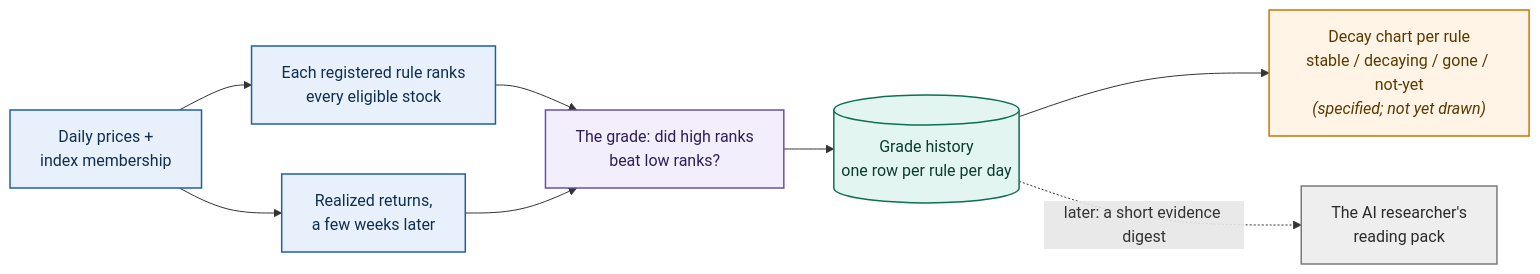
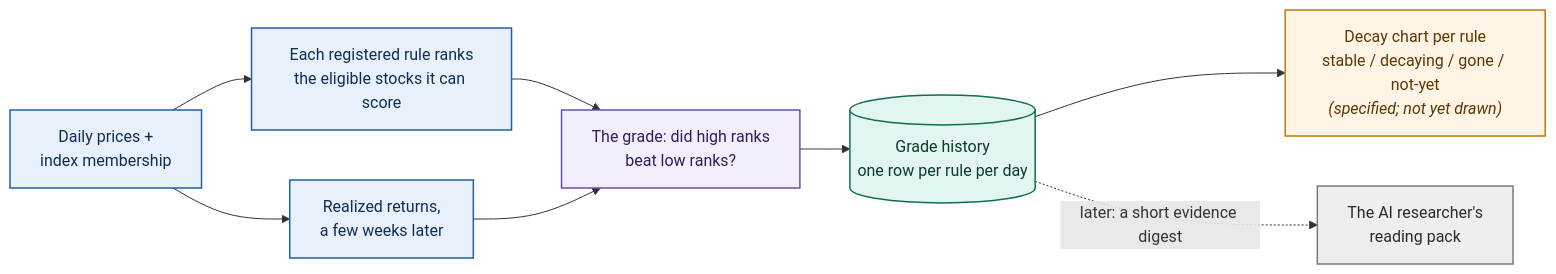
Diagram 11 of 11 in ORIENTATION.md (masalasev-ops/AlphaFinanceLab), drawn with Mermaid before and after one commit. The commit also changed other lines of this file and 25 other files, not shown here.

````diff
--- a/ORIENTATION.md
+++ b/ORIENTATION.md
@@ -394,16 +394,16 @@
 ```mermaid
 flowchart LR
-    BARS["Daily prices +<br/>index membership"]:::machine --> SCORE["Each registered rule ranks<br/>every eligible stock"]:::machine
+    BARS["Daily prices +<br/>index membership"]:::machine --> SCORE["Each registered rule ranks<br/>the eligible stocks it can score"]:::machine
     BARS --> FWD["Realized returns,<br/>a few weeks later"]:::machine
     SCORE --> GRADE["The grade: did high ranks<br/>beat low ranks?"]:::verdict
     FWD --> GRADE
     GRADE --> HIST[("Grade history<br/>one row per rule per day")]:::hub
     HIST --> PANEL["Decay chart per rule<br/>stable / decaying / gone / not-yet<br/><i>(specified; not yet drawn)</i>"]:::outcome
     HIST -.->|"later: a short evidence digest"| AI["The AI researcher's<br/>reading pack"]:::notrade
     classDef trade fill:#E8F5E9,stroke:#2E7D46,stroke-width:1.5px,color:#14351f;
     classDef notrade fill:#EEEEEE,stroke:#7A7A7A,stroke-width:1.5px,color:#2b2b2b;
     classDef machine fill:#E7F0FB,stroke:#1F5FA6,stroke-width:1.5px,color:#0f2f52;
     classDef outcome fill:#FFF4E5,stroke:#C77700,stroke-width:1.5px,color:#5c3800;
     classDef hub fill:#E2F5F1,stroke:#0F6E56,stroke-width:1.5px,color:#0a3b30;
     classDef verdict fill:#F3EEFB,stroke:#6A4FB0,stroke-width:1.5px,color:#301d5c;
 ```
````
